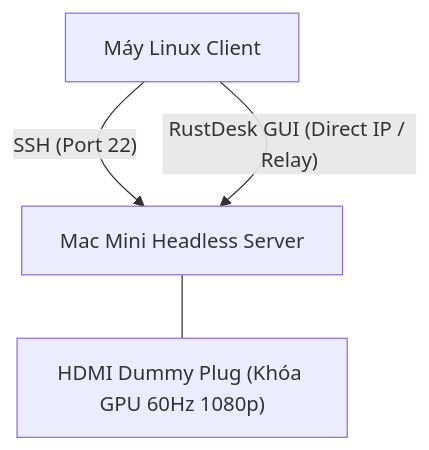
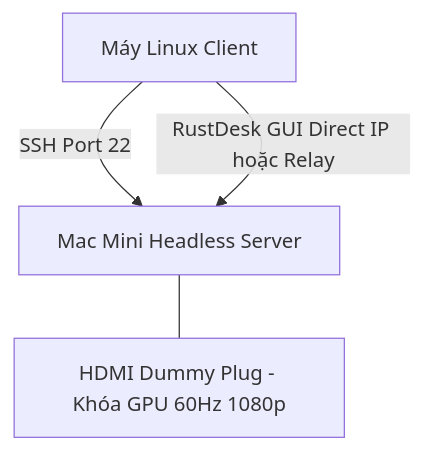
The diagram in content/posts/huong-dan-cau-hinh-mac-mini-headless-server.md (nguyengoctin/my_website), drawn with Mermaid before and after one commit. The commit also changed 56 other files, not shown here.

````diff
--- a/content/posts/huong-dan-cau-hinh-mac-mini-headless-server.md
+++ b/content/posts/huong-dan-cau-hinh-mac-mini-headless-server.md
@@ -17,6 +17,6 @@
 ```mermaid
 flowchart TD
-    A["Máy Linux Client"] -->|"SSH (Port 22)"| B["Mac Mini Headless Server"]
-    A -->|"RustDesk GUI (Direct IP / Relay)"| B
-    B --- C["HDMI Dummy Plug (Khóa GPU 60Hz 1080p)"]
+    A["Máy Linux Client"] -->|SSH Port 22| B["Mac Mini Headless Server"]
+    A -->|RustDesk GUI Direct IP hoặc Relay| B
+    B --- C["HDMI Dummy Plug - Khóa GPU 60Hz 1080p"]
 ```
````
